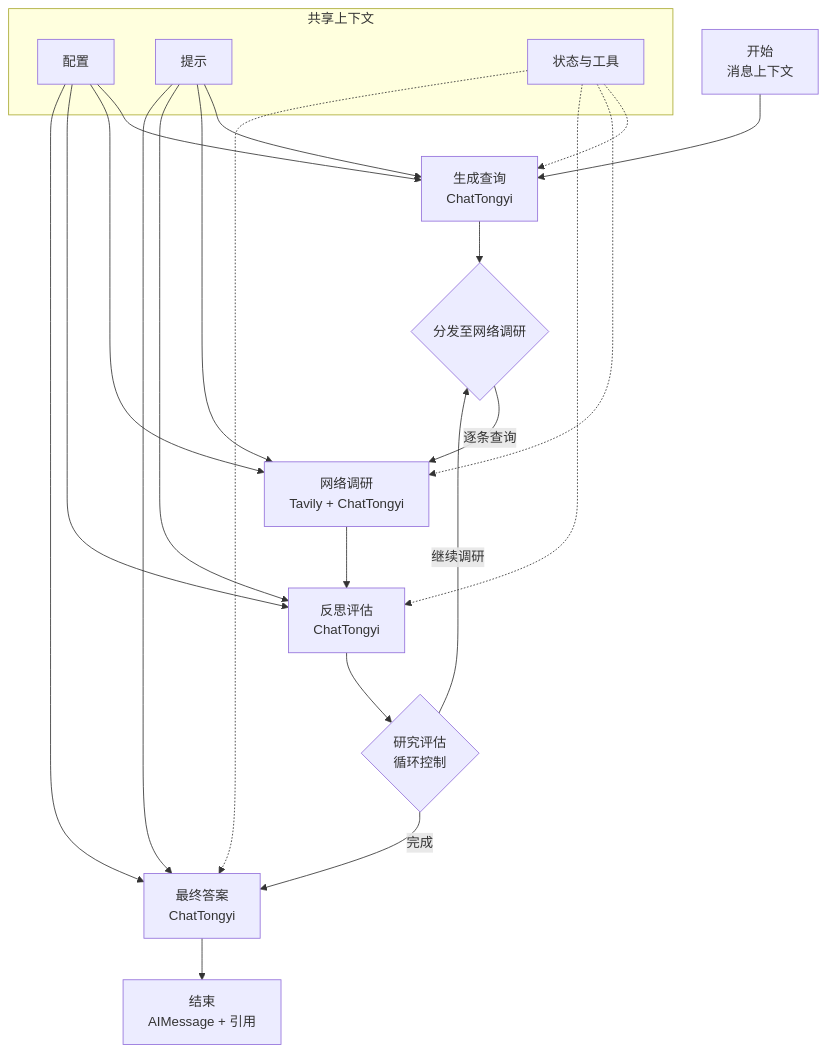
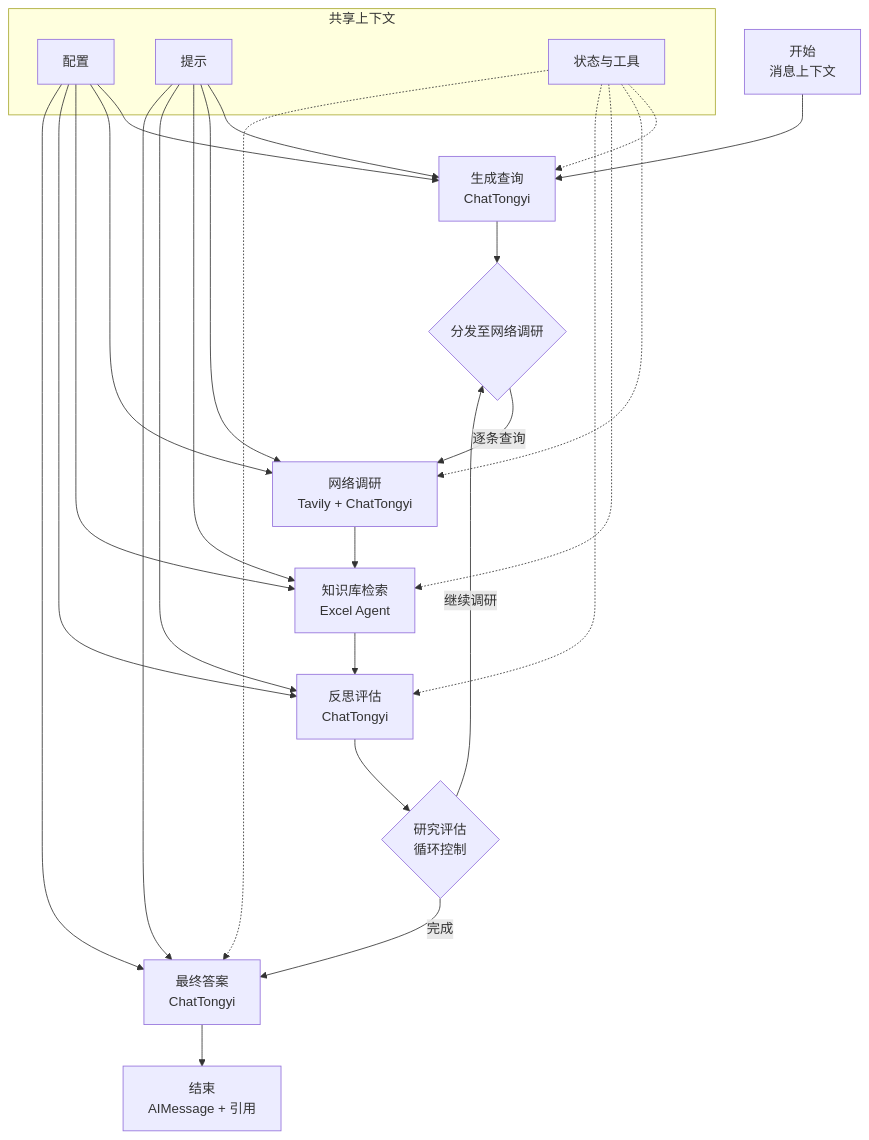
One commit to xihuishawpy/langgraph_cus_analysis changed the diagram in ARCHITECTURE.md. Above: the diagram before and after it, drawn with Mermaid. The commit also changed other lines of this file and 6 other files, not shown here.

````diff
--- a/ARCHITECTURE.md
+++ b/ARCHITECTURE.md
@@ -15,30 +16,34 @@
 ```mermaid
 graph TD
     A[开始<br/>消息上下文] --> B[生成查询<br/>ChatTongyi]
     B --> C{分发至网络调研}
     C -->|逐条查询| D[网络调研<br/>Tavily + ChatTongyi]
-    D --> E[反思评估<br/>ChatTongyi]
+    D --> X[知识库检索<br/>Excel Agent]
+    X --> E[反思评估<br/>ChatTongyi]
     E --> F{研究评估<br/>循环控制}
     F -->|继续调研| C
     F -->|完成| G[最终答案<br/>ChatTongyi]
     G --> H[结束<br/>AIMessage + 引用]
 
     subgraph 共享上下文
         I[配置]
         J[提示]
         K[状态与工具]
     end
 
     I --> B
     I --> D
+    I --> X
     I --> E
     I --> G
     J --> B
     J --> D
+    J --> X
     J --> E
     J --> G
     K -.-> B
     K -.-> D
+    K -.-> X
     K -.-> E
     K -.-> G
 ```
````
